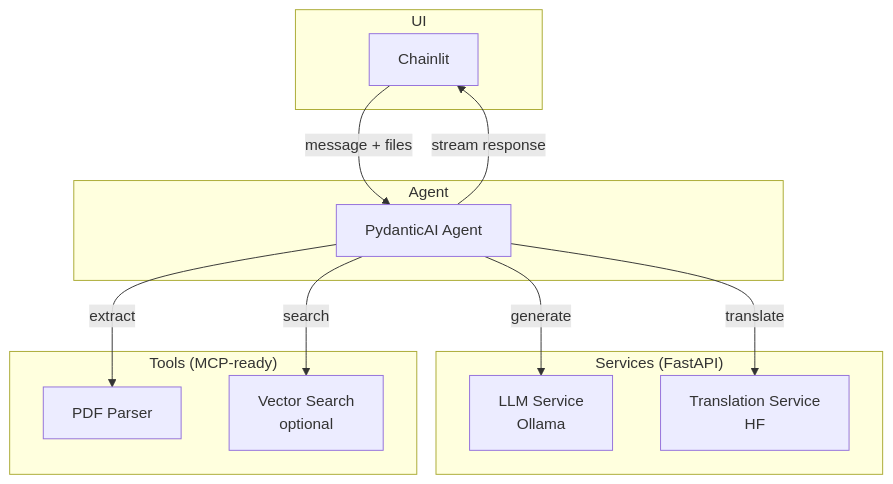
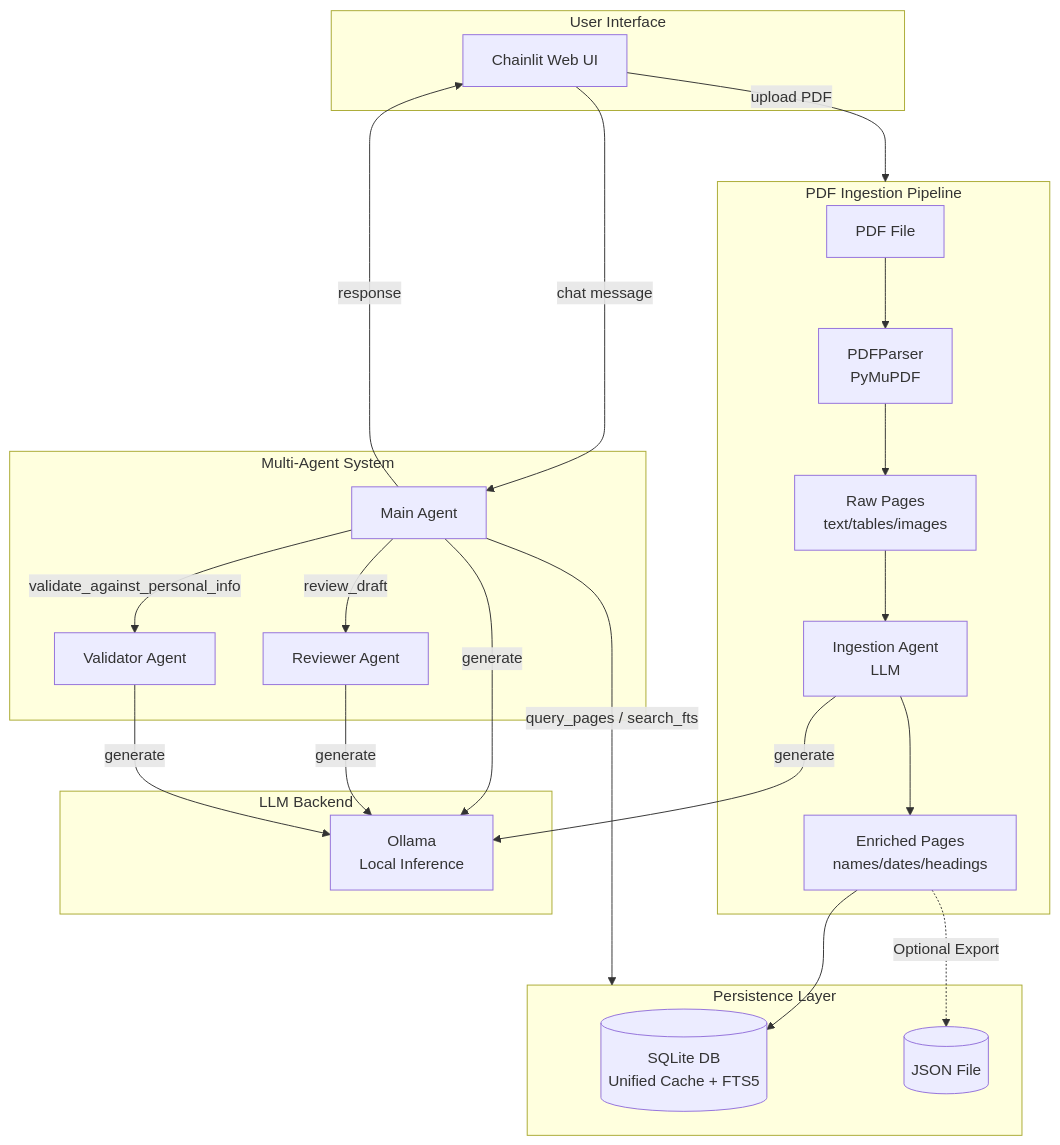
The first of 5 diagrams in docs/architecture.md (dallal9/Doc2Agent), drawn with Mermaid before and after one commit. The commit also changed other lines of this file and 21 other files, not shown here.

````diff
--- a/docs/architecture.md
+++ b/docs/architecture.md
@@ -9,27 +9,39 @@
 ```mermaid
 flowchart TB
-  subgraph UI
-    CL[Chainlit]
-  end
+    subgraph UI [User Interface]
+        CL[Chainlit Web UI]
+    end
 
-  subgraph Agent
-    PA[PydanticAI Agent]
-  end
+    subgraph Ingestion [PDF Ingestion Pipeline]
+        PDF[PDF File] --> Parser[PDFParser<br/>PyMuPDF]
+        Parser --> RawPages[Raw Pages<br/>text/tables/images]
+        RawPages --> IngAgent[Ingestion Agent<br/>LLM]
+        IngAgent --> EnrichedPages[Enriched Pages<br/>names/dates/headings]
+    end
 
-  subgraph Services["Services (FastAPI)"]
-    LLM[LLM Service<br/>Ollama]
-    TR[Translation Service<br/>HF]
-  end
+    subgraph Storage [Persistence Layer]
+        EnrichedPages --> SQLite[(SQLite DB<br/>Unified Cache + FTS5)]
+        EnrichedPages -.->|Optional Export| JSON[(JSON File)]
+    end
 
-  subgraph Tools["Tools (MCP-ready)"]
-    PDF[PDF Parser]
-    SEARCH[Vector Search<br/>optional]
-  end
+    subgraph Agents [Multi-Agent System]
+        Main[Main Agent]
+        Reviewer[Reviewer Agent]
+        Validator[Validator Agent]
+        Main -->|review_draft| Reviewer
+        Main -->|validate_against_personal_info| Validator
+    end
 
-  CL -->|message + files| PA
-  PA -->|generate| LLM
-  PA -->|translate| TR
-  PA -->|extract| PDF
-  PA -->|search| SEARCH
-  PA -->|stream response| CL
+    subgraph LLM [LLM Backend]
+        Ollama[Ollama<br/>Local Inference]
+    end
+
+    CL -->|upload PDF| Ingestion
+    CL -->|chat message| Main
+    Main -->|query_pages / search_fts| Storage
+    Main -->|generate| Ollama
+    Reviewer -->|generate| Ollama
+    Validator -->|generate| Ollama
+    IngAgent -->|generate| Ollama
+    Main -->|response| CL
 ```
````
